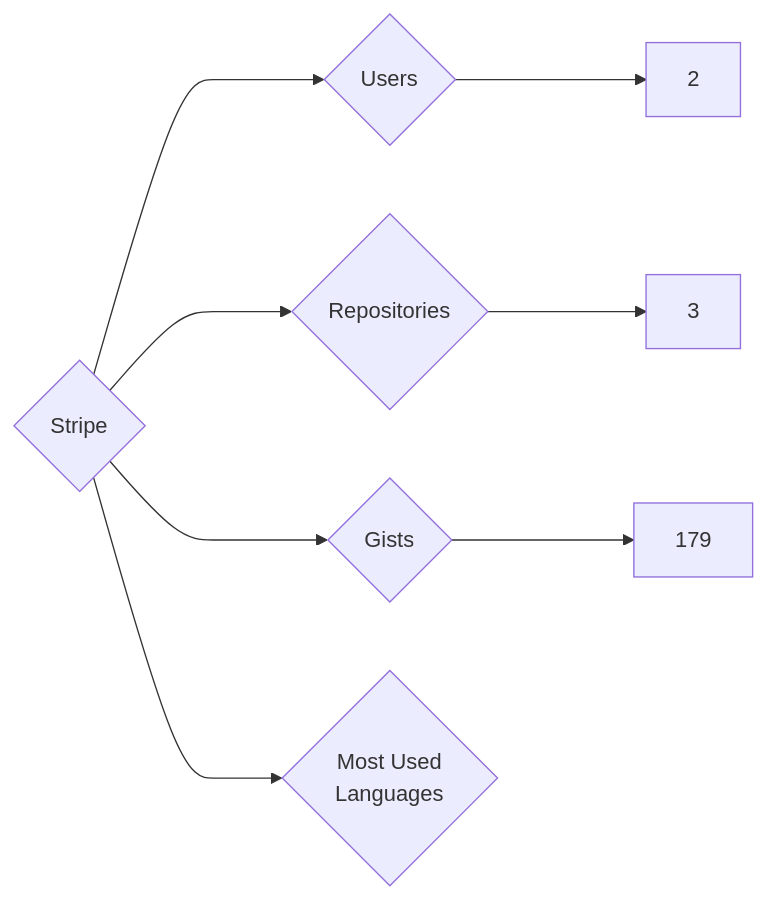
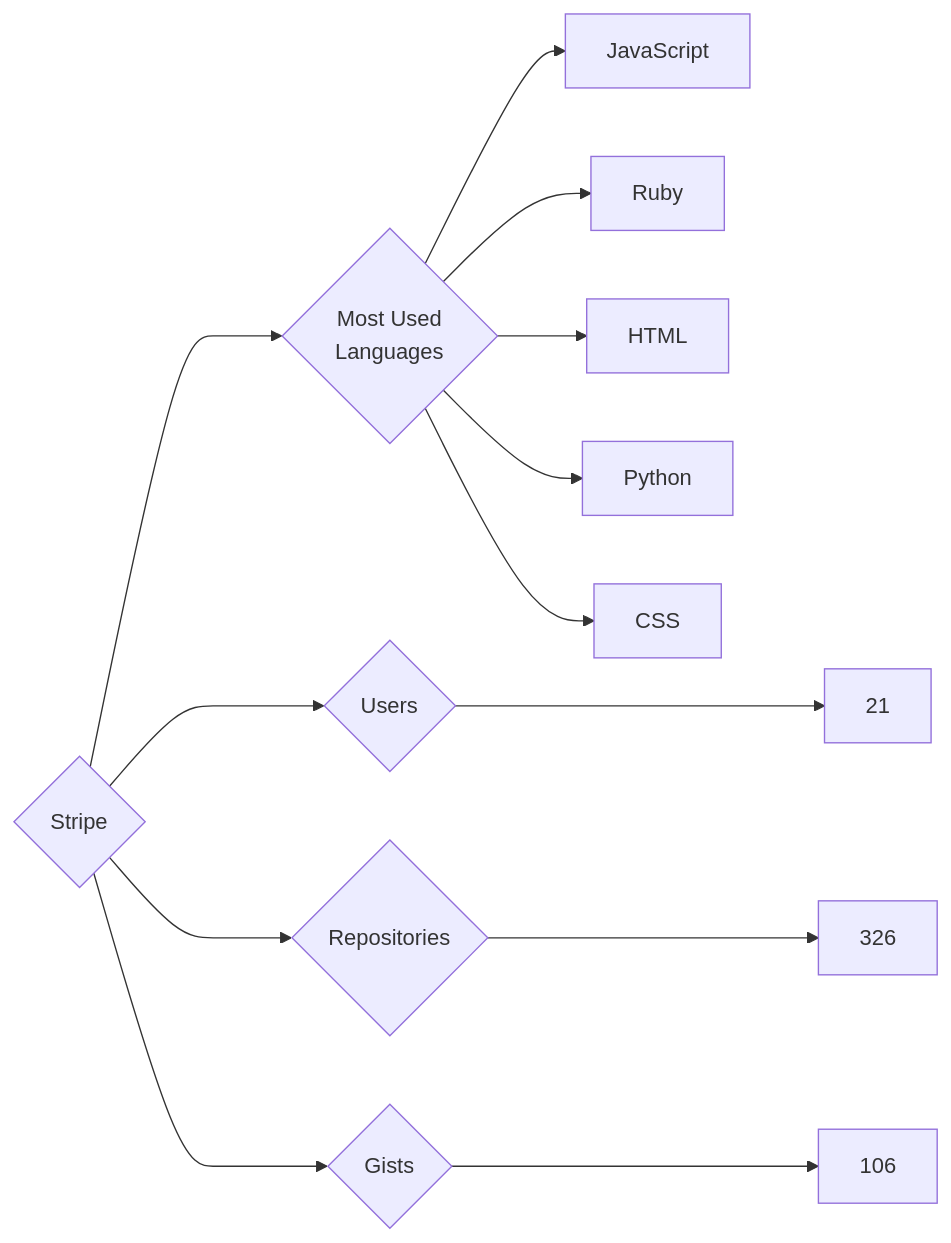
One commit to trickest/insiders changed the diagram in targets/Stripe/README.md. Above: the diagram before and after it, drawn with Mermaid. The commit also changed 695 other files, not shown here.

````diff
--- a/targets/Stripe/README.md
+++ b/targets/Stripe/README.md
@@ -3,8 +3,13 @@
 ```mermaid
 graph LR
 COMPANY_NAME{Stripe}
-COMPANY_NAME ---> U{Users} ---> UN[2]
-COMPANY_NAME ---> R{Repositories} ---> RN[3]
-COMPANY_NAME ---> G{Gists} ---> GN[179]
+COMPANY_NAME ---> U{Users} ---> UN[21]
+COMPANY_NAME ---> R{Repositories} ---> RN[326]
+COMPANY_NAME ---> G{Gists} ---> GN[106]
 COMPANY_NAME ---> ML{Most Used<br>Languages}
+ML --> JavaScript[JavaScript]
+ML --> Ruby[Ruby]
+ML --> HTML[HTML]
+ML --> Python[Python]
+ML --> CSS[CSS]
 ```
````
